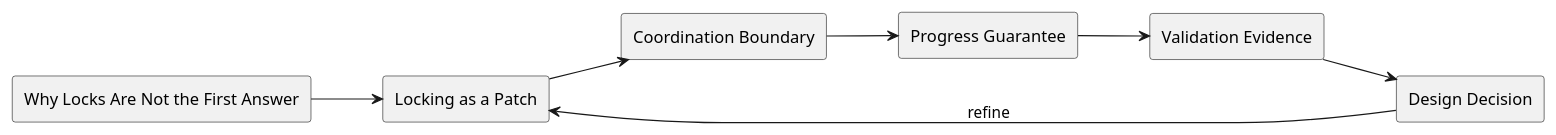
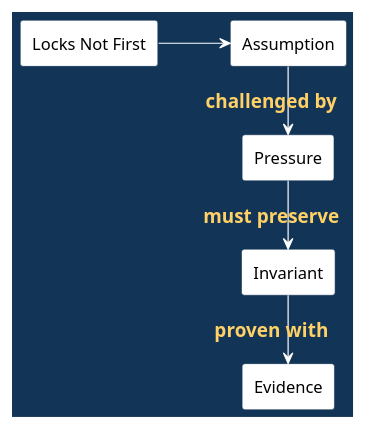
One commit to madajaju/CS5254 changed diagram 15 of 15 in doc/lectures/week3/locks_not_first/README.slides.adoc. Above: the diagram before and after it, drawn with PlantUML. The commit also changed other lines of this file and 21 other files, not shown here.

```diff
--- a/doc/lectures/week3/locks_not_first/README.slides.adoc
+++ b/doc/lectures/week3/locks_not_first/README.slides.adoc
@@ -62,22 +1047,62 @@
-[plantuml, target=system_view, format=svg, width=80%]
+[plantuml, target=locks_not_first_15_summary_visual, format=svg, width=100%]
 ----
 @startuml
-skinparam monochrome true
+skinparam BackgroundColor #123456
+skinparam DefaultFontColor white
+skinparam ArrowColor white
+skinparam ArrowFontColor #ffd166
+skinparam ArrowFontStyle bold
+skinparam ArrowFontSize 16
+skinparam ActorBorderColor #123456
+skinparam ActorFontColor white
+skinparam participant {
+  BackgroundColor white
+  BorderColor #123456
+  FontColor black
+}
+skinparam sequence {
+  LifeLineBorderColor white
+  LifeLineBackgroundColor white
+  ParticipantBorderColor #123456
+  ParticipantBackgroundColor white
+  ParticipantFontColor black
+}
+skinparam rectangle {
+  BackgroundColor white
+  BorderColor #123456
+  FontColor black
+}
+skinparam database {
+  BackgroundColor white
+  BorderColor #123456
+  FontColor black
+}
+skinparam state {
+  BackgroundColor white
+  BorderColor #123456
+  FontColor black
+}
+skinparam activity {
+  BackgroundColor white
+  BorderColor #123456
+  FontColor black
+}
+skinparam note {
+  BackgroundColor white
+  BorderColor #123456
+  FontColor black
+}
 skinparam shadowing false
 left to right direction
 
-rectangle "Why Locks Are Not the First Answer" as Topic
-rectangle "Locking as a Patch" as A
-rectangle "Coordination Boundary" as B
-rectangle "Progress Guarantee" as C
-rectangle "Validation Evidence" as V
-rectangle "Design Decision" as D
-
+rectangle "Locks Not First" as Topic
+rectangle "Assumption" as A
+rectangle "Pressure" as P
+rectangle "Invariant" as I
+rectangle "Evidence" as E
 Topic --> A
-A --> B
-B --> C
-C --> V
-V --> D
-D --> A : refine
+A -> P : challenged by
+P -> I : must preserve
+I -> E : proven with
 @enduml
 ----
```
